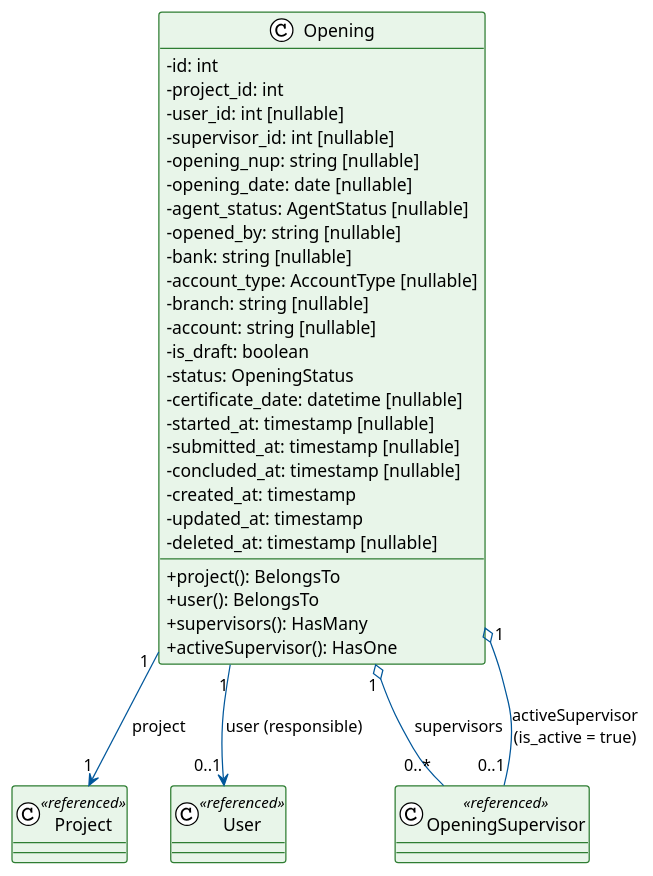
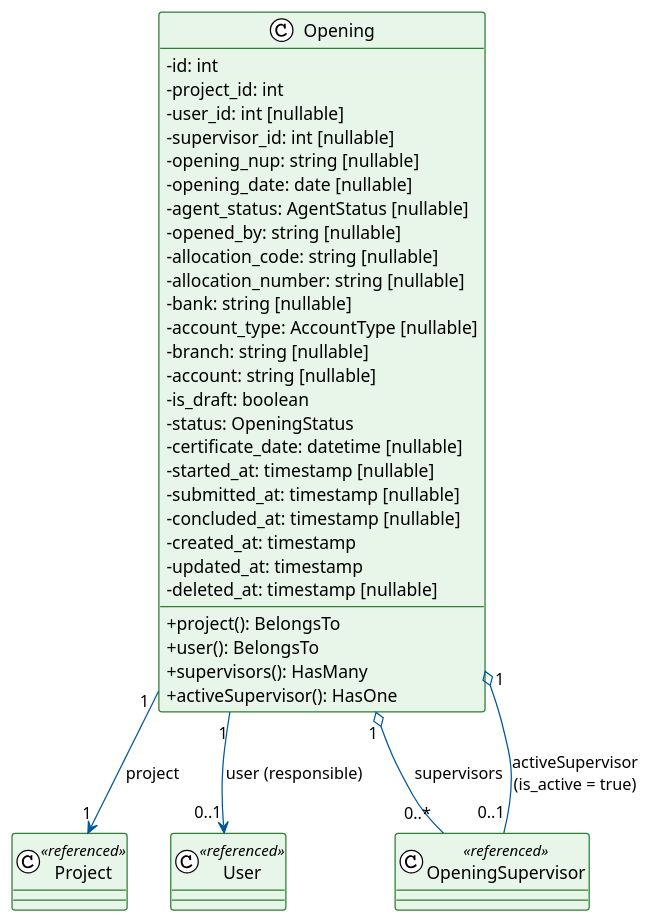
One commit to secultce/efomento changed the diagram in docs/Diagramas/Classe/Opening.puml. Above: the diagram before and after it, drawn with PlantUML. The commit also changed 12 other files, not shown here.

```diff
--- a/docs/Diagramas/Classe/Opening.puml
+++ b/docs/Diagramas/Classe/Opening.puml
@@ -1,53 +1,55 @@
 @startuml Opening
 !theme plain
 skinparam classAttributeIconSize 0
 skinparam class {
     BackgroundColor #E8F5E9
     BorderColor #2E7D32
     ArrowColor #01579B
 }
 
 class Opening {
     -id: int
     -project_id: int
     -user_id: int [nullable]
     -supervisor_id: int [nullable]
     -opening_nup: string [nullable]
     -opening_date: date [nullable]
     -agent_status: AgentStatus [nullable]
     -opened_by: string [nullable]
+    -allocation_code: string [nullable]
+    -allocation_number: string [nullable]
     -bank: string [nullable]
     -account_type: AccountType [nullable]
     -branch: string [nullable]
     -account: string [nullable]
     -is_draft: boolean
     -status: OpeningStatus
     -certificate_date: datetime [nullable]
     -started_at: timestamp [nullable]
     -submitted_at: timestamp [nullable]
     -concluded_at: timestamp [nullable]
     -created_at: timestamp
     -updated_at: timestamp
     -deleted_at: timestamp [nullable]
     --
     +project(): BelongsTo
     +user(): BelongsTo
     +supervisors(): HasMany
     +activeSupervisor(): HasOne
 }
 
 class Project <<referenced>> {
 }
 
 class User <<referenced>> {
 }
 
 class OpeningSupervisor <<referenced>> {
 }
 
 Opening "1" --> "1" Project : project
 Opening "1" --> "0..1" User : user (responsible)
 Opening "1" o-- "0..*" OpeningSupervisor : supervisors
 Opening "1" o-- "0..1" OpeningSupervisor : activeSupervisor\n(is_active = true)
 
 @enduml
```
